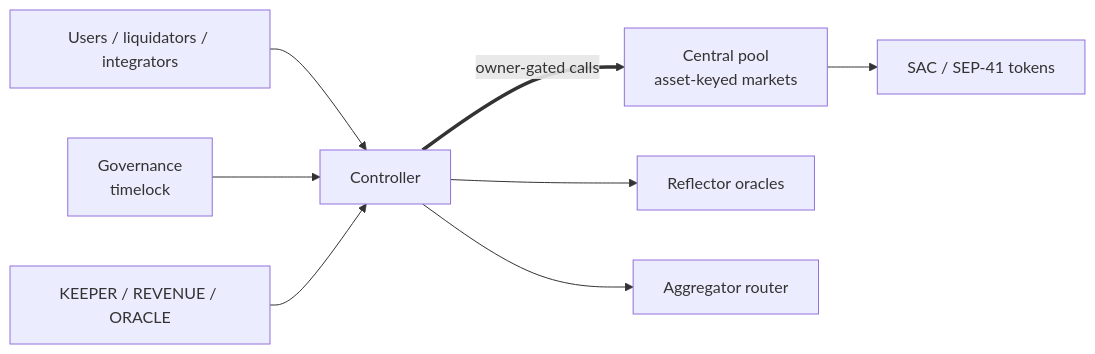
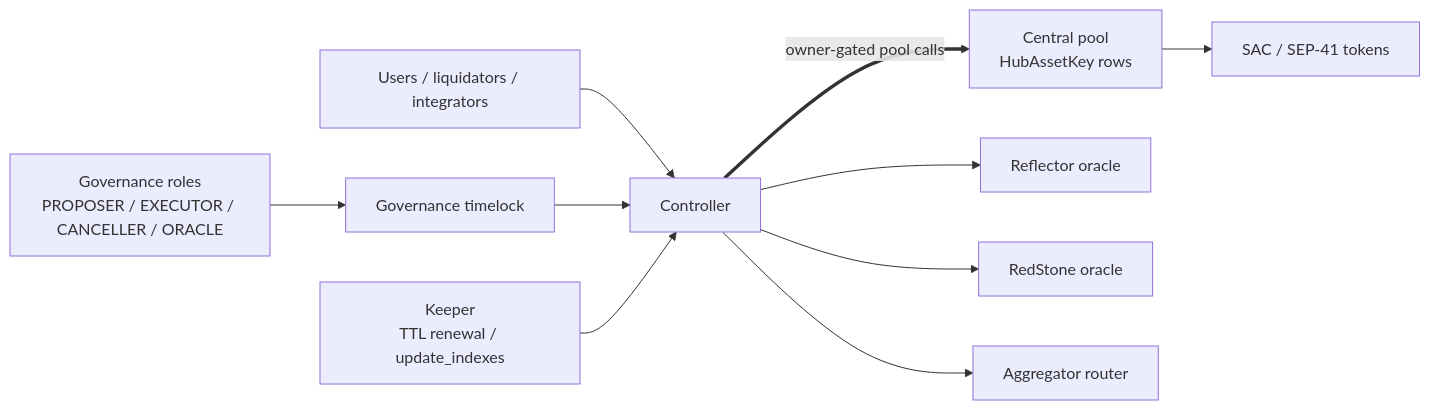
The diagram in README.md (XOXNO/rs-lending-xlm), drawn with Mermaid before and after one commit. The commit also changed other lines of this file and 129 other files, not shown here.

First line of the commit message:
Implement HubAssetKey market addressing model

````diff
--- a/README.md
+++ b/README.md
@@ -39,10 +37,12 @@
 ```mermaid
 flowchart LR
     Users["Users / liquidators / integrators"] --> Controller["Controller"]
-    Governance["Governance<br/>timelock"] --> Controller
-    Operators["KEEPER / REVENUE / ORACLE"] --> Controller
-    Controller ==>|"owner-gated calls"| Pool["Central pool<br/>asset-keyed markets"]
-    Controller --> Oracle["Reflector oracles"]
+    Governance["Governance timelock"] --> Controller
+    GovRoles["Governance roles<br/>PROPOSER / EXECUTOR / CANCELLER / ORACLE"] --> Governance
+    Keeper["Keeper<br/>TTL renewal / update_indexes"] --> Controller
+    Controller ==>|"owner-gated pool calls"| Pool["Central pool<br/>HubAssetKey rows"]
+    Controller --> Reflector["Reflector oracle"]
+    Controller --> RedStone["RedStone oracle"]
     Controller --> Router["Aggregator router"]
     Pool --> Tokens["SAC / SEP-41 tokens"]
 ```
````
